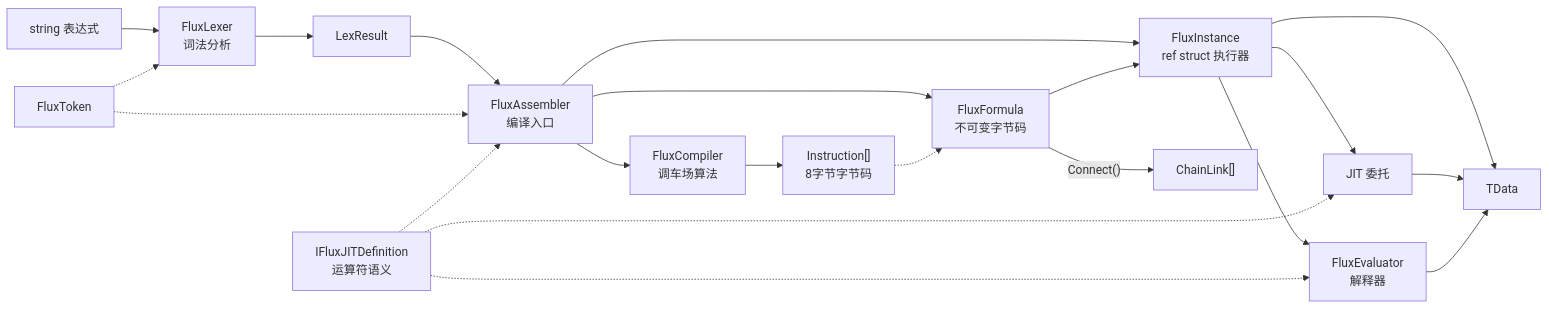
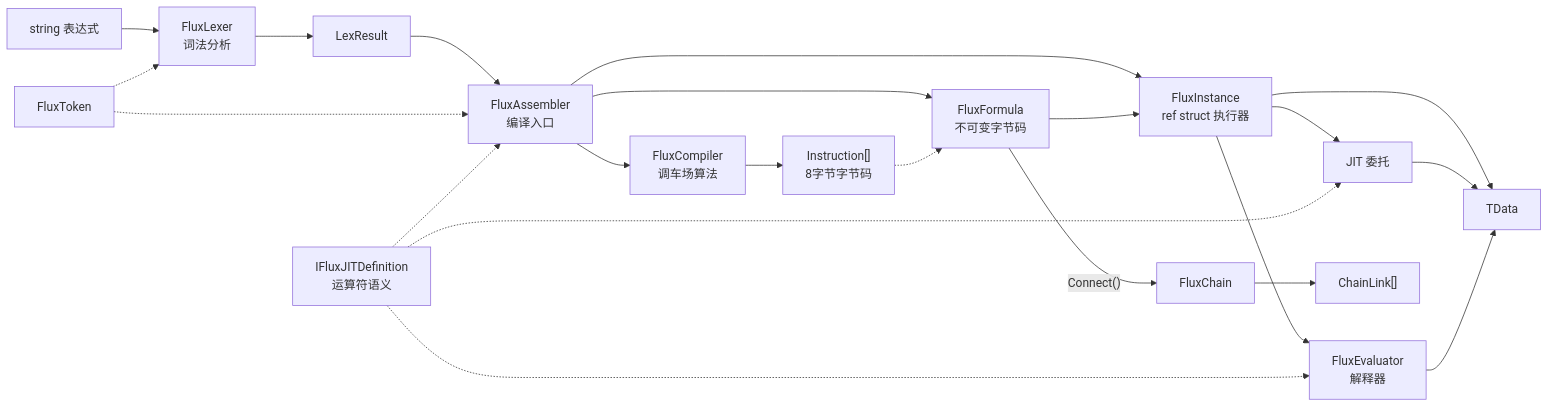
The first of 2 diagrams in docs/api/overview.md (twds0x13/FluxFormula), drawn with Mermaid before and after one commit. The commit also changed other lines of this file and 28 other files, not shown here.

Commit message:
docs: FluxChain API doc + CHANGELOG breaking changes summary + full doc audit for FluxChain split [skip test]

````diff
--- a/docs/api/overview.md
+++ b/docs/api/overview.md
@@ -5,27 +5,28 @@
 ```mermaid
 graph LR
     Source["string 表达式"] --> Lexer["FluxLexer<br/>词法分析"]
     Token["FluxToken"] -.-> Lexer
     Lexer --> LR["LexResult"]
     LR --> Assembler["FluxAssembler<br/>编译入口"]
     Token -.-> Assembler
     Assembler --> Formula["FluxFormula<br/>不可变字节码"]
     Assembler --> Instance["FluxInstance<br/>ref struct 执行器"]
     Formula --> Instance
     Instance --> Result["TData"]
 
     Assembler --> Compiler["FluxCompiler<br/>调车场算法"]
     Compiler --> Instr["Instruction[]<br/>8字节字节码"]
     Instr -.-> Formula
 
     Instance --> JIT["JIT 委托"]
     Instance --> Interp["FluxEvaluator<br/>解释器"]
     JIT --> Result
     Interp --> Result
 
     Def["IFluxJITDefinition<br/>运算符语义"] -.-> Assembler
     Def -.-> Interp
     Def -.-> JIT
 
-    Formula -->|"Connect()"| Chain["ChainLink[]"]
+    Formula -->|"Connect()"| ChainNode["FluxChain"]
+    ChainNode --> Chain["ChainLink[]"]
 ```
````
